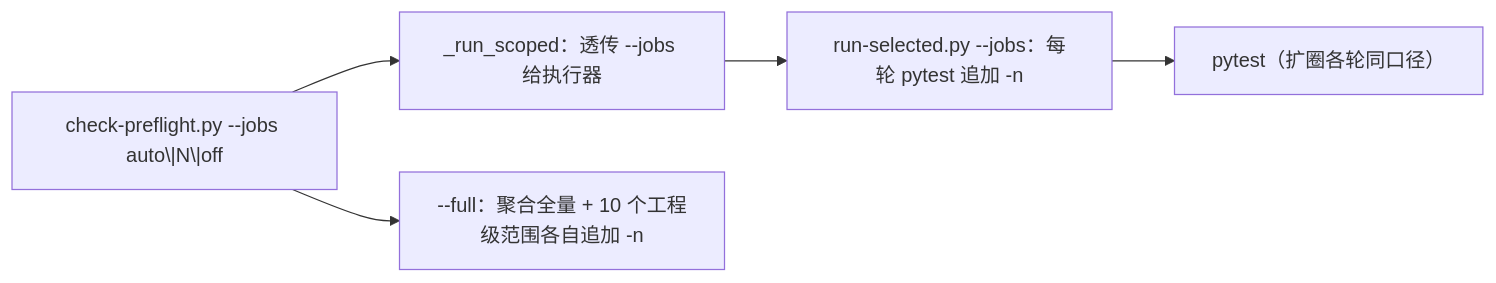
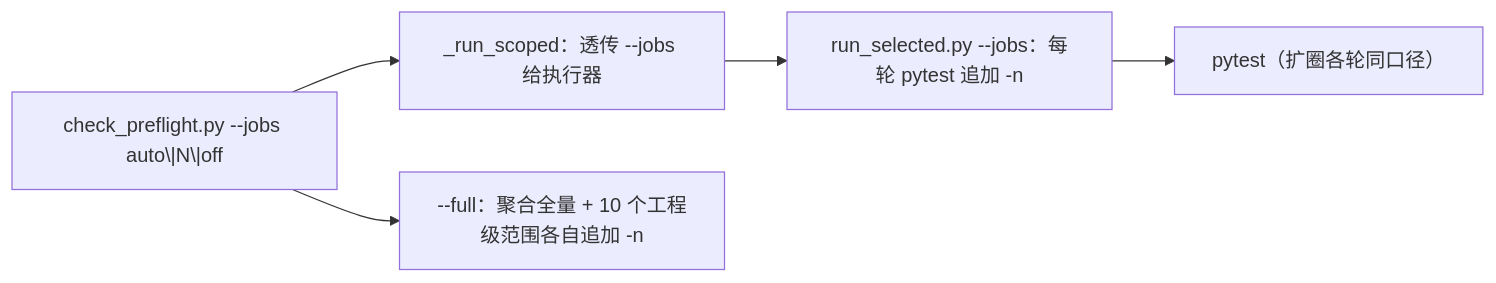
One commit to minjian123/basic-management-system changed the diagram in bms文档/项目/02_后端基座与服务化地基/任务/13_测试执行粒度与工程效能/13_测试执行粒度与工程效能_02_并行执行与重复步骤消除/设计/01_详细设计_02_并行执行与重复步骤消除.md. Above: the diagram before and after it, drawn with Mermaid. The commit also changed other lines of this file and 919 other files, not shown here.

````diff
--- a/bms文档/项目/02_后端基座与服务化地基/任务/13_测试执行粒度与工程效能/13_测试执行粒度与工程效能_02_并行执行与重复步骤消除/设计/01_详细设计_02_并行执行与重复步骤消除.md
+++ b/bms文档/项目/02_后端基座与服务化地基/任务/13_测试执行粒度与工程效能/13_测试执行粒度与工程效能_02_并行执行与重复步骤消除/设计/01_详细设计_02_并行执行与重复步骤消除.md
@@ -190,7 +190,7 @@
 ```mermaid
 flowchart LR
-    A["check-preflight.py --jobs auto\|N\|off"] --> B["_run_scoped：透传 --jobs 给执行器"]
+    A["check_preflight.py --jobs auto\|N\|off"] --> B["_run_scoped：透传 --jobs 给执行器"]
     A --> C["--full：聚合全量 + 10 个工程级范围各自追加 -n"]
-    B --> D["run-selected.py --jobs：每轮 pytest 追加 -n"]
+    B --> D["run_selected.py --jobs：每轮 pytest 追加 -n"]
     D --> E["pytest（扩圈各轮同口径）"]
 ```
````
